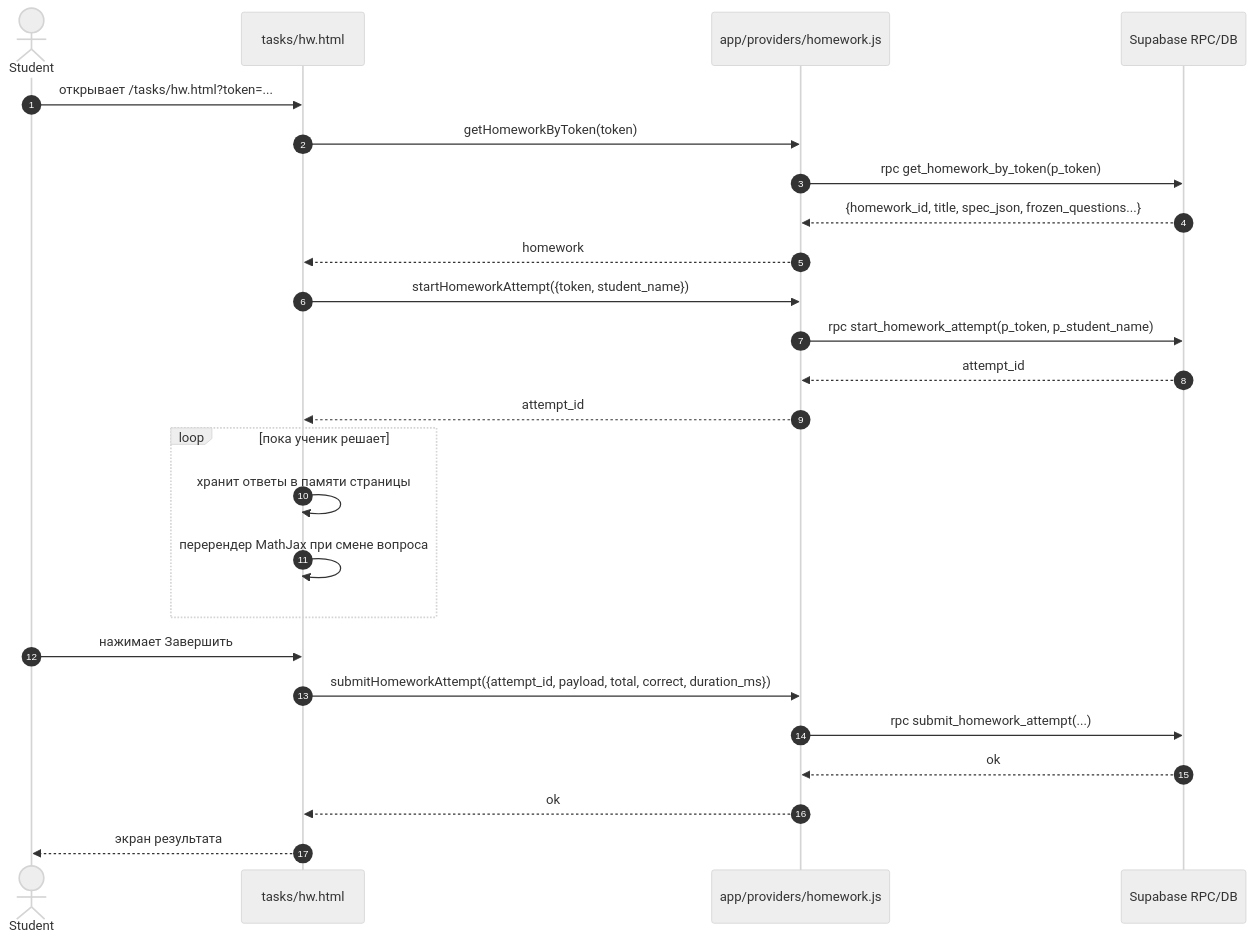
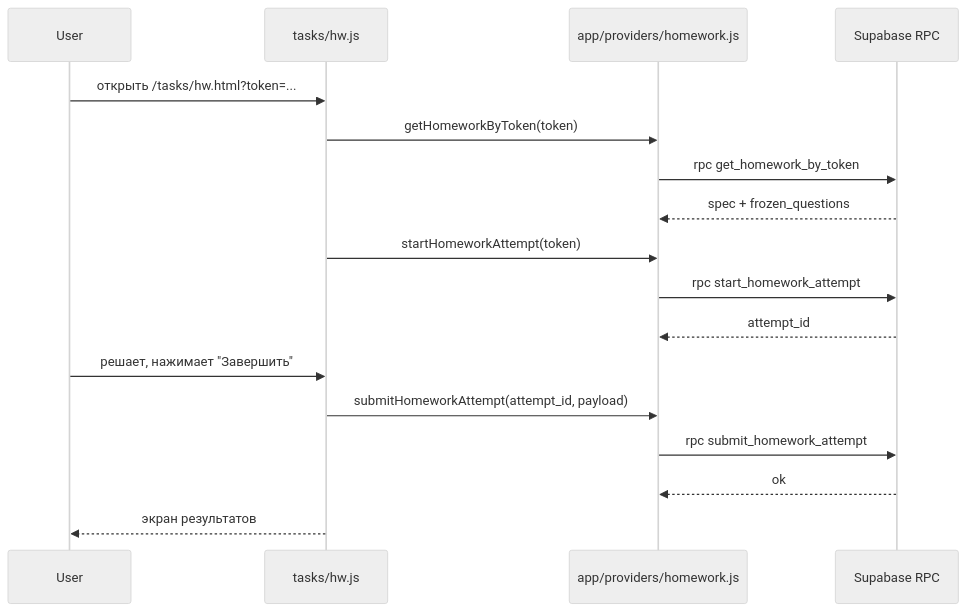
The third of 4 diagrams in docs/navigation/architecture.md (erantokha/EGE_trainer), drawn with Mermaid (neutral theme) before and after one commit. The commit also changed other lines of this file and 4 other files, not shown here.

````diff
--- a/docs/navigation/architecture.md
+++ b/docs/navigation/architecture.md
@@ -144,31 +92,20 @@
 ```mermaid
 sequenceDiagram
-  autonumber
-  actor U as Student
-  participant HW as tasks/hw.html
-  participant HwProv as app/providers/homework.js
-  participant DB as Supabase RPC/DB
+  participant U as User
+  participant H as tasks/hw.js
+  participant HW as app/providers/homework.js
+  participant DB as Supabase RPC
 
-  U->>HW: открывает /tasks/hw.html?token=...
-  HW->>HwProv: getHomeworkByToken(token)
-  HwProv->>DB: rpc get_homework_by_token(p_token)
-  DB-->>HwProv: {homework_id, title, spec_json, frozen_questions...}
-  HwProv-->>HW: homework
-
-  HW->>HwProv: startHomeworkAttempt({token, student_name})
-  HwProv->>DB: rpc start_homework_attempt(p_token, p_student_name)
-  DB-->>HwProv: attempt_id
-  HwProv-->>HW: attempt_id
-
-  loop пока ученик решает
-    HW->>HW: хранит ответы в памяти страницы
-    HW->>HW: перерендер MathJax при смене вопроса
-  end
-
-  U->>HW: нажимает Завершить
-  HW->>HwProv: submitHomeworkAttempt({attempt_id, payload, total, correct, duration_ms})
-  HwProv->>DB: rpc submit_homework_attempt(...)
-  DB-->>HwProv: ok
-  HwProv-->>HW: ok
-  HW-->>U: экран результата
+  U->>H: открыть /tasks/hw.html?token=...
+  H->>HW: getHomeworkByToken(token)
+  HW->>DB: rpc get_homework_by_token
+  DB-->>HW: spec + frozen_questions
+  H->>HW: startHomeworkAttempt(token)
+  HW->>DB: rpc start_homework_attempt
+  DB-->>HW: attempt_id
+  U->>H: решает, нажимает "Завершить"
+  H->>HW: submitHomeworkAttempt(attempt_id, payload)
+  HW->>DB: rpc submit_homework_attempt
+  DB-->>HW: ok
+  H-->>U: экран результатов
 ```
````
